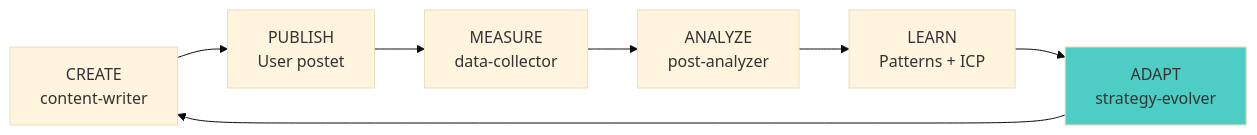
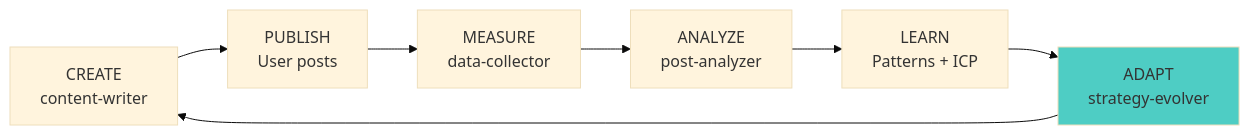
One commit to sabania/linkedin-cli changed the sixth of 8 diagrams in plugin/README.md. Above: the diagram before and after it, drawn with Mermaid (base theme). The commit also changed other lines of this file and 35 other files, not shown here.

````diff
--- a/plugin/README.md
+++ b/plugin/README.md
@@ -171,11 +171,11 @@
 ```mermaid
 graph LR
-    CREATE["CREATE<br/>content-writer"] --> PUBLISH["PUBLISH<br/>User postet"]
+    CREATE["CREATE<br/>content-writer"] --> PUBLISH["PUBLISH<br/>User posts"]
     PUBLISH --> MEASURE["MEASURE<br/>data-collector"]
     MEASURE --> ANALYZE["ANALYZE<br/>post-analyzer"]
     ANALYZE --> LEARN["LEARN<br/>Patterns + ICP"]
     LEARN --> ADAPT["ADAPT<br/>strategy-evolver"]
     ADAPT --> CREATE
 
     style ADAPT fill:#4ecdc4
 ```
````
